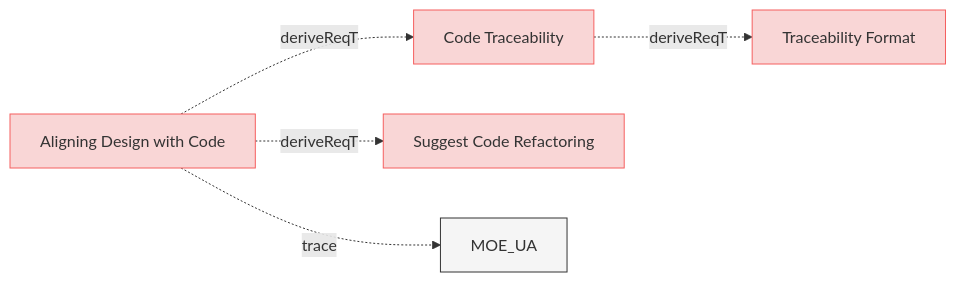
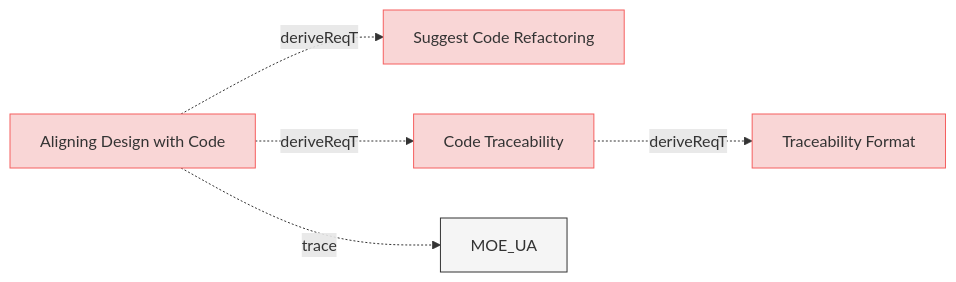
One commit to reqvire-org/reqvire changed the second of 9 diagrams in specifications/UserRequirements.md. Above: the diagram before and after it, drawn with Mermaid. The commit also changed other lines of this file and 20 other files, not shown here.

````diff
--- a/specifications/UserRequirements.md
+++ b/specifications/UserRequirements.md
@@ -126,29 +126,29 @@
 ```mermaid
 graph LR;
   %% REQVIRE-AUTOGENERATED-DIAGRAM
   %% Graph styling
   classDef userRequirement fill:#f9d6d6,stroke:#f55f5f,stroke-width:1px;
   classDef systemRequirement fill:#fce4e4,stroke:#e68a8a,stroke-width:1px;
   classDef verification fill:#d6f9d6,stroke:#5fd75f,stroke-width:1px;
   classDef default fill:#f5f5f5,stroke:#333333,stroke-width:1px;
 
+  398641ced77f628c["Suggest Code Refactoring"];
+  class 398641ced77f628c userRequirement;
+  click 398641ced77f628c "UserRequirements.md#suggest-code-refactoring";
   26ca72b617aff229["Code Traceability"];
   class 26ca72b617aff229 userRequirement;
   click 26ca72b617aff229 "UserRequirements.md#code-traceability";
   9314736a59776478["Traceability Format"];
   class 9314736a59776478 userRequirement;
   click 9314736a59776478 "CodeTraecabilityRequirements.md#traceability-format";
   26ca72b617aff229 -.->|deriveReqT| 9314736a59776478;
-  398641ced77f628c["Suggest Code Refactoring"];
-  class 398641ced77f628c userRequirement;
-  click 398641ced77f628c "UserRequirements.md#suggest-code-refactoring";
   855a1b3061c7bcdd["Aligning Design with Code"];
   class 855a1b3061c7bcdd userRequirement;
   click 855a1b3061c7bcdd "UserStories.md#aligning-design-with-code";
   2c5f30f14e792200["MOE_UA"];
   class 2c5f30f14e792200 default;
   click 2c5f30f14e792200 "MOEs.md#moe_ua";
   855a1b3061c7bcdd -.->|trace| 2c5f30f14e792200;
+  855a1b3061c7bcdd -.->|deriveReqT| 398641ced77f628c;
   855a1b3061c7bcdd -.->|deriveReqT| 26ca72b617aff229;
-  855a1b3061c7bcdd -.->|deriveReqT| 398641ced77f628c;
 ```
````
